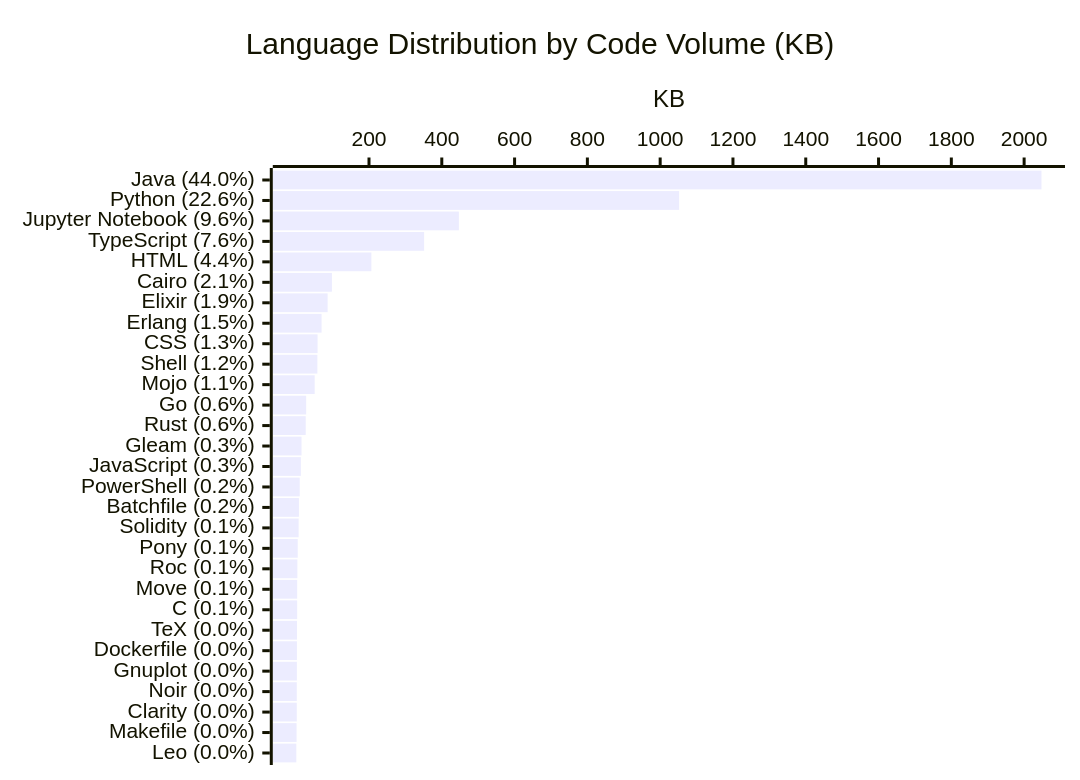
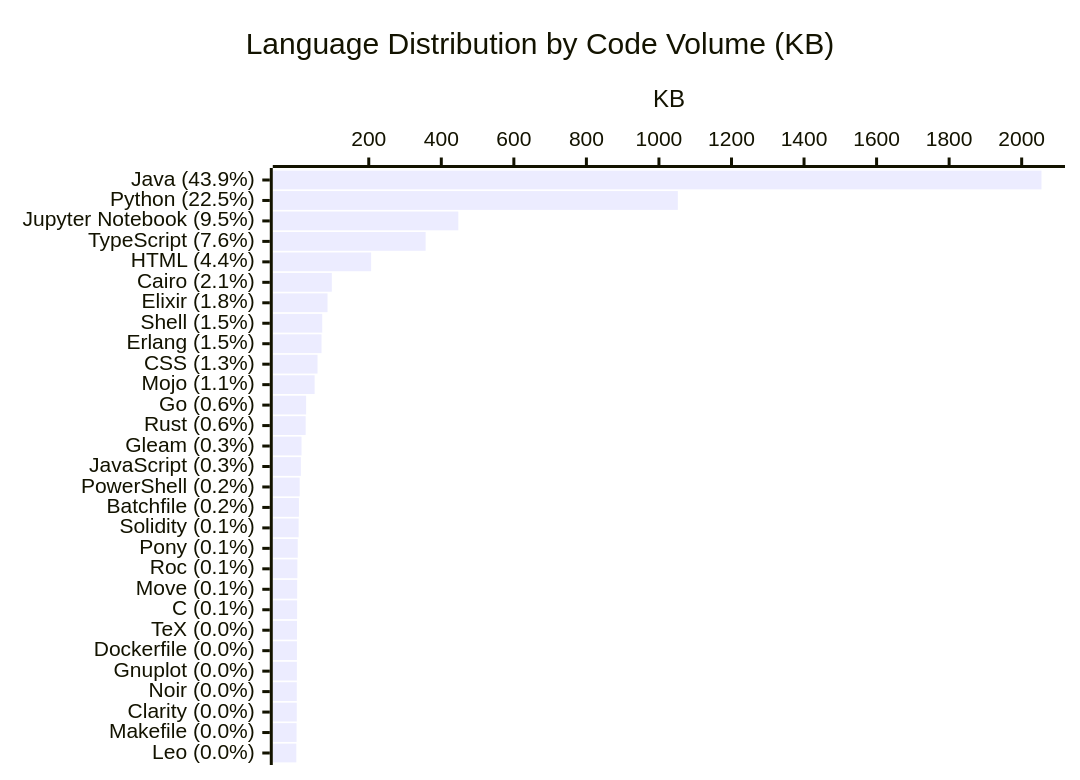
Before and after one commit to KathiraveluLab/.github: the diagram in profile/README.md, drawn with Mermaid. The commit also changed other lines of this file and 1 other file, not shown here.

````diff
--- a/profile/README.md
+++ b/profile/README.md
@@ -64,7 +64,7 @@
 ```mermaid
 xychart-beta horizontal
     title "Language Distribution by Code Volume (KB)"
-    x-axis ["Java (44.0%)", "Python (22.6%)", "Jupyter Notebook (9.6%)", "TypeScript (7.6%)", "HTML (4.4%)", "Cairo (2.1%)", "Elixir (1.9%)", "Erlang (1.5%)", "CSS (1.3%)", "Shell (1.2%)", "Mojo (1.1%)", "Go (0.6%)", "Rust (0.6%)", "Gleam (0.3%)", "JavaScript (0.3%)", "PowerShell (0.2%)", "Batchfile (0.2%)", "Solidity (0.1%)", "Pony (0.1%)", "Roc (0.1%)", "Move (0.1%)", "C (0.1%)", "TeX (0.0%)", "Dockerfile (0.0%)", "Gnuplot (0.0%)", "Noir (0.0%)", "Clarity (0.0%)", "Makefile (0.0%)", "Leo (0.0%)"]
+    x-axis ["Java (43.9%)", "Python (22.5%)", "Jupyter Notebook (9.5%)", "TypeScript (7.6%)", "HTML (4.4%)", "Cairo (2.1%)", "Elixir (1.8%)", "Shell (1.5%)", "Erlang (1.5%)", "CSS (1.3%)", "Mojo (1.1%)", "Go (0.6%)", "Rust (0.6%)", "Gleam (0.3%)", "JavaScript (0.3%)", "PowerShell (0.2%)", "Batchfile (0.2%)", "Solidity (0.1%)", "Pony (0.1%)", "Roc (0.1%)", "Move (0.1%)", "C (0.1%)", "TeX (0.0%)", "Dockerfile (0.0%)", "Gnuplot (0.0%)", "Noir (0.0%)", "Clarity (0.0%)", "Makefile (0.0%)", "Leo (0.0%)"]
     y-axis "KB"
-    bar [2047.69, 1052.08, 446.9, 351.5, 206.56, 98.07, 86.29, 69.74, 58.73, 58.15, 50.76, 27.33, 26.08, 14.61, 12.8, 9.6, 7.42, 6.65, 4.14, 3.24, 2.68, 2.58, 2.29, 2.01, 1.82, 1.55, 1.53, 0.99, 0.27]
+    bar [2054.6, 1052.08, 446.9, 356.81, 206.55, 98.21, 86.29, 71.77, 69.74, 58.73, 50.76, 27.33, 26.08, 14.61, 12.8, 9.6, 7.42, 6.65, 4.14, 3.24, 2.68, 2.58, 2.29, 2.01, 1.82, 1.55, 1.53, 0.99, 0.27]
 ```
````
